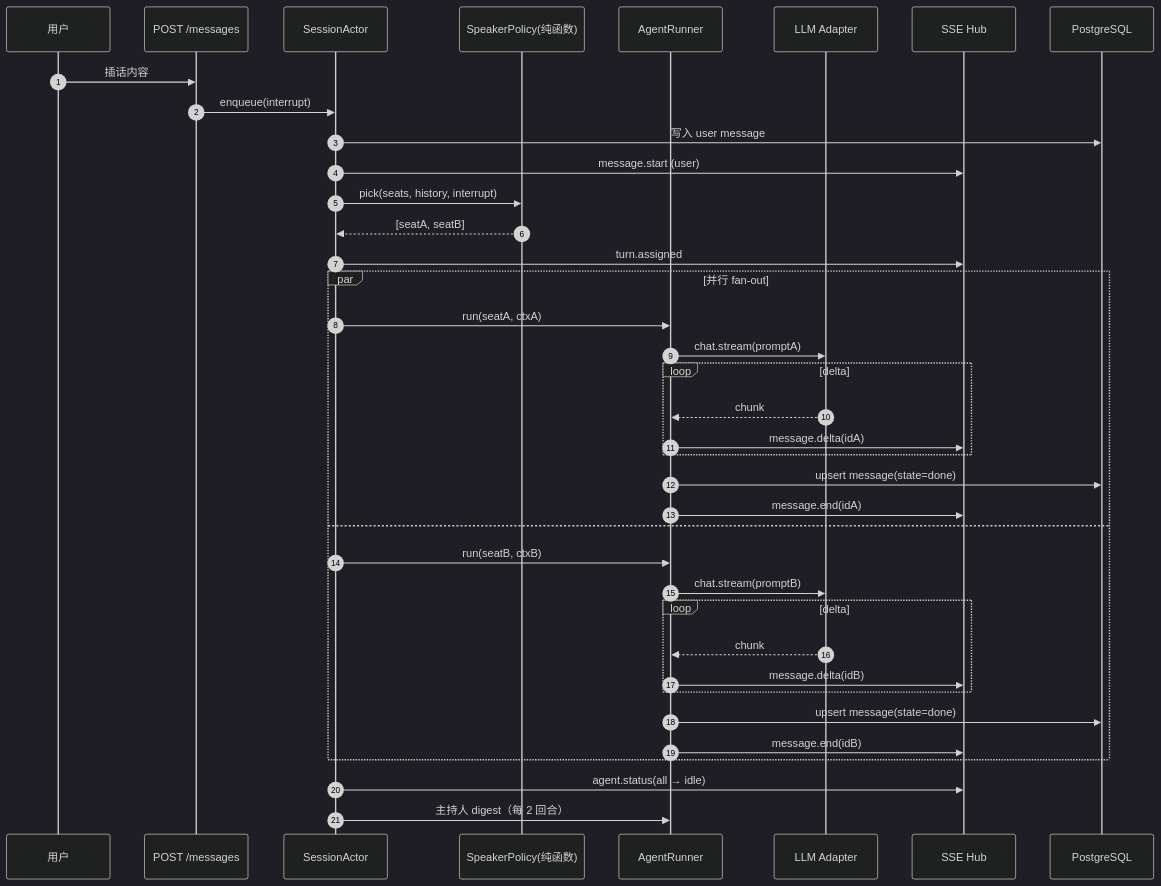
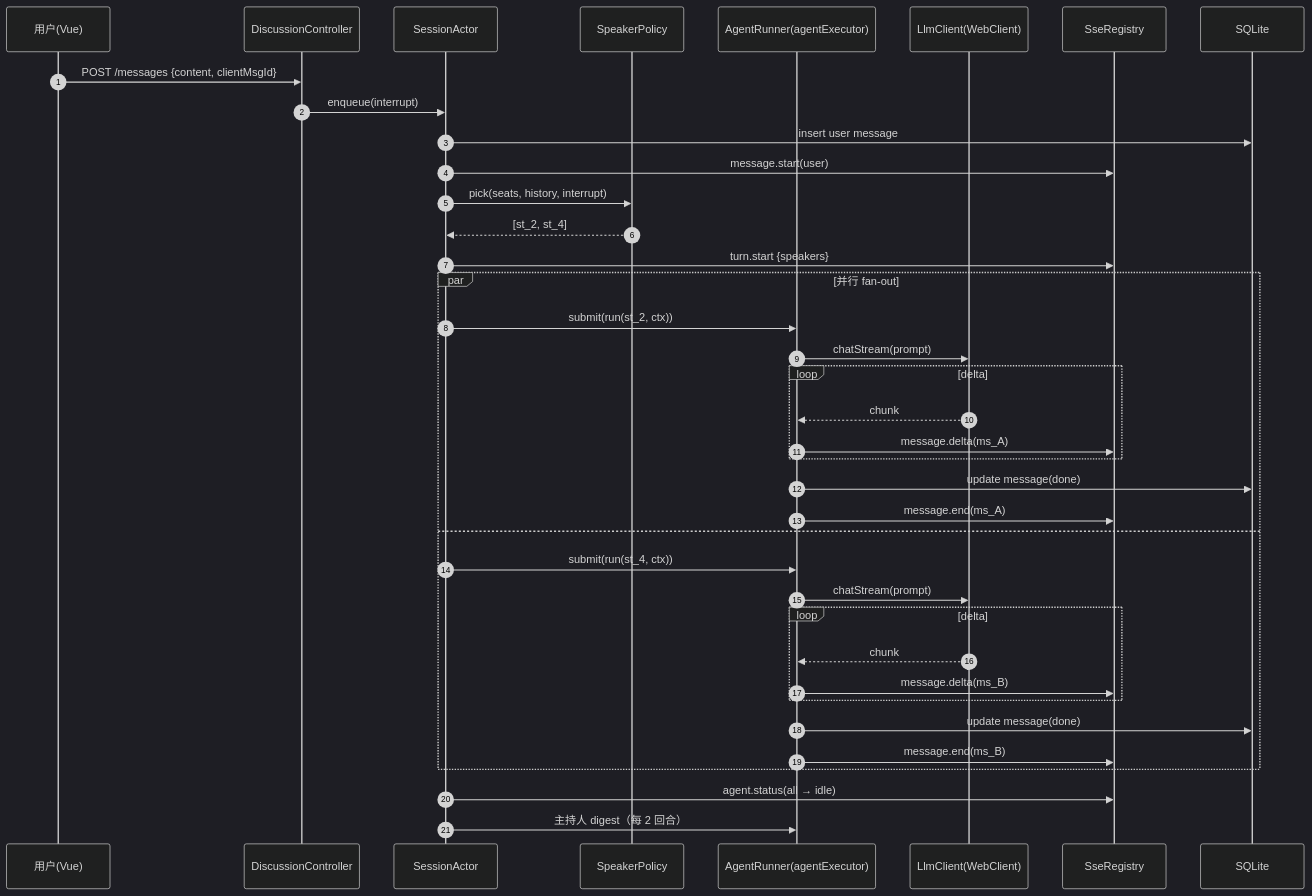
The second of 5 diagrams in docs/ARCHITECTURE.md (zueszyz/ai-panel-studio), drawn with Mermaid (dark theme) before and after one commit. The commit also changed other lines of this file, not shown here.

Commit message:
docs(arch): rewrite layering, thread model and sqlite constraints for spring stack

````diff
--- a/docs/ARCHITECTURE.md
+++ b/docs/ARCHITECTURE.md
@@ -98,41 +104,41 @@
 ```mermaid
 sequenceDiagram
     autonumber
-    participant U as 用户
-    participant API as POST /messages
+    participant U as 用户(Vue)
+    participant API as DiscussionController
     participant ACT as SessionActor
-    participant POL as SpeakerPolicy(纯函数)
-    participant RUN as AgentRunner
-    participant LLM as LLM Adapter
-    participant HUB as SSE Hub
-    participant DB as PostgreSQL
+    participant POL as SpeakerPolicy
+    participant RUN as AgentRunner(agentExecutor)
+    participant LLM as LlmClient(WebClient)
+    participant HUB as SseRegistry
+    participant DB as SQLite
 
-    U->>API: 插话内容
+    U->>API: POST /messages {content, clientMsgId}
     API->>ACT: enqueue(interrupt)
-    ACT->>DB: 写入 user message
-    ACT->>HUB: message.start (user)
+    ACT->>DB: insert user message
+    ACT->>HUB: message.start(user)
     ACT->>POL: pick(seats, history, interrupt)
-    POL-->>ACT: [seatA, seatB]
-    ACT->>HUB: turn.assigned
+    POL-->>ACT: [st_2, st_4]
+    ACT->>HUB: turn.start {speakers}
     par 并行 fan-out
-        ACT->>RUN: run(seatA, ctxA)
-        RUN->>LLM: chat.stream(promptA)
+        ACT->>RUN: submit(run(st_2, ctx))
+        RUN->>LLM: chatStream(prompt)
         loop delta
             LLM-->>RUN: chunk
-            RUN->>HUB: message.delta(idA)
+            RUN->>HUB: message.delta(ms_A)
         end
-        RUN->>DB: upsert message(state=done)
-        RUN->>HUB: message.end(idA)
+        RUN->>DB: update message(done)
+        RUN->>HUB: message.end(ms_A)
     and
-        ACT->>RUN: run(seatB, ctxB)
-        RUN->>LLM: chat.stream(promptB)
+        ACT->>RUN: submit(run(st_4, ctx))
+        RUN->>LLM: chatStream(prompt)
         loop delta
             LLM-->>RUN: chunk
-            RUN->>HUB: message.delta(idB)
+            RUN->>HUB: message.delta(ms_B)
         end
-        RUN->>DB: upsert message(state=done)
-        RUN->>HUB: message.end(idB)
+        RUN->>DB: update message(done)
+        RUN->>HUB: message.end(ms_B)
     end
     ACT->>HUB: agent.status(all → idle)
     ACT->>RUN: 主持人 digest（每 2 回合）
 ```
````
